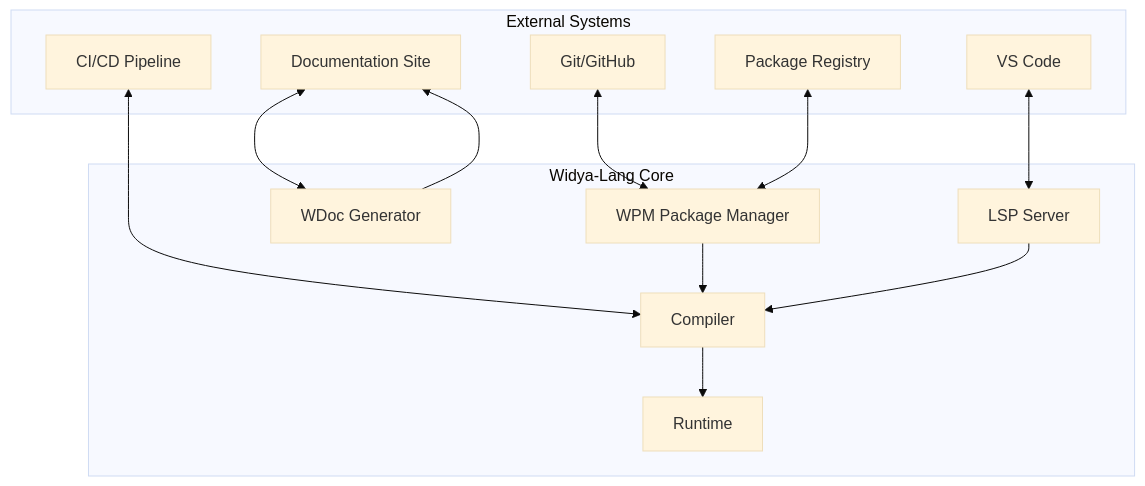
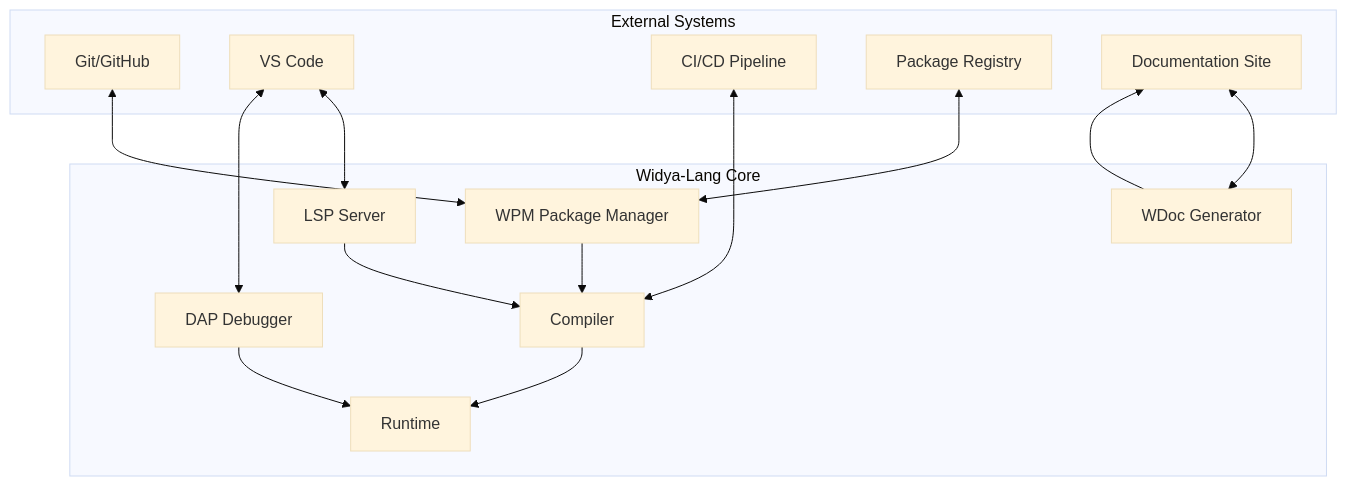
One commit to Bakulcoding/widya-lang changed the eighth of 8 diagrams in graphify.md. Above: the diagram before and after it, drawn with Mermaid (base theme). The commit also changed other lines of this file and 48 other files, not shown here.

````diff
--- a/graphify.md
+++ b/graphify.md
@@ -332,29 +323,32 @@
 ```mermaid
 graph TB
     subgraph "External Systems"
         GIT[Git/GitHub]
         VSC[VS Code]
         CI[CI/CD Pipeline]
         PKG[Package Registry]
         DOC[Documentation Site]
     end
     
     subgraph "Widya-Lang Core"
         WPM[WPM Package Manager]
         WDC[WDoc Generator]
         LSP[LSP Server]
+        DAP[DAP Debugger]
         COM[Compiler]
         RUN[Runtime]
     end
     
     GIT <--> WPM
     VSC <--> LSP
+    VSC <--> DAP
     CI <--> COM
     PKG <--> WPM
     DOC <--> WDC
     
     WPM --> COM
     LSP --> COM
+    DAP --> RUN
     COM --> RUN
     WDC --> DOC
 ```
````
